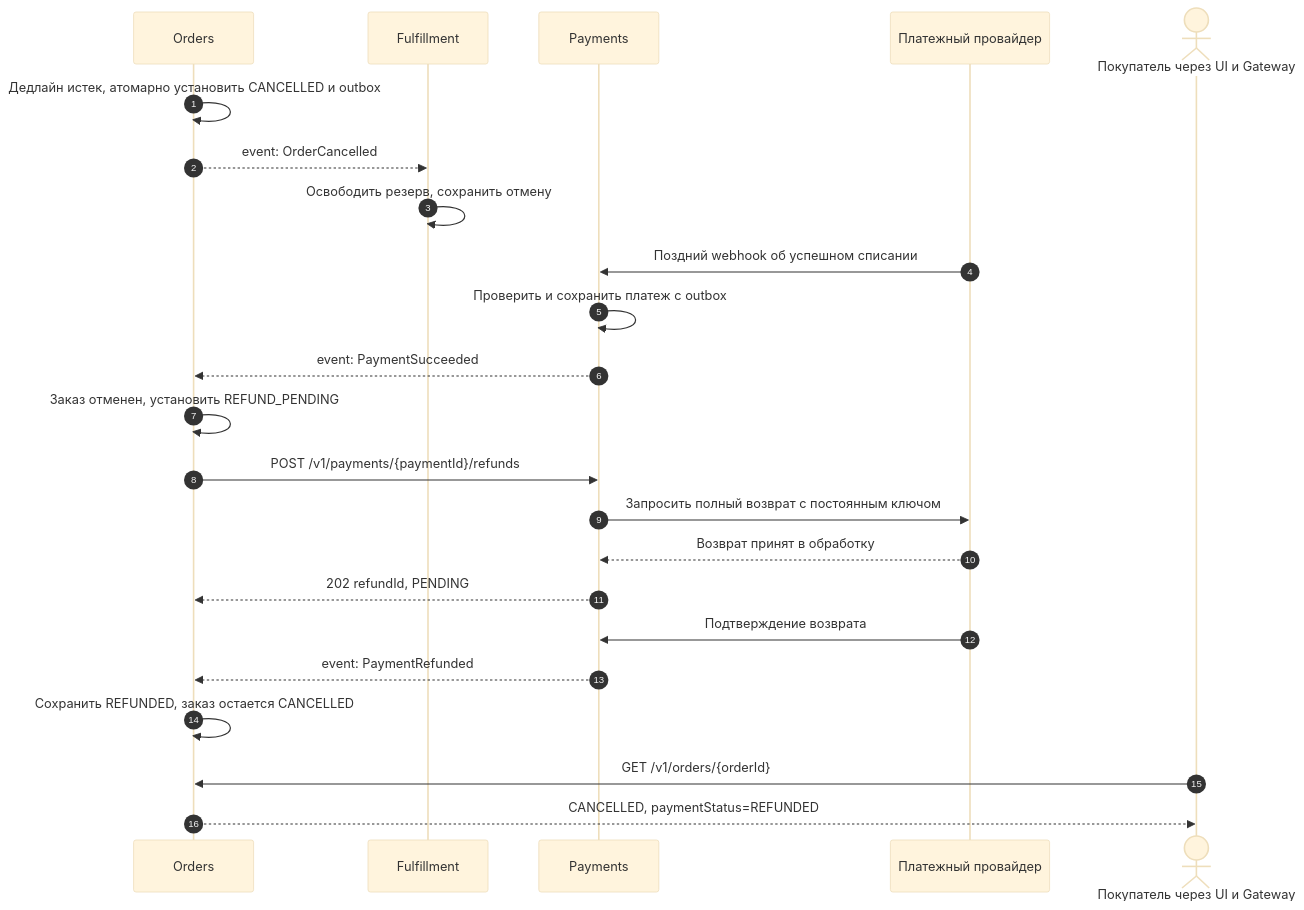
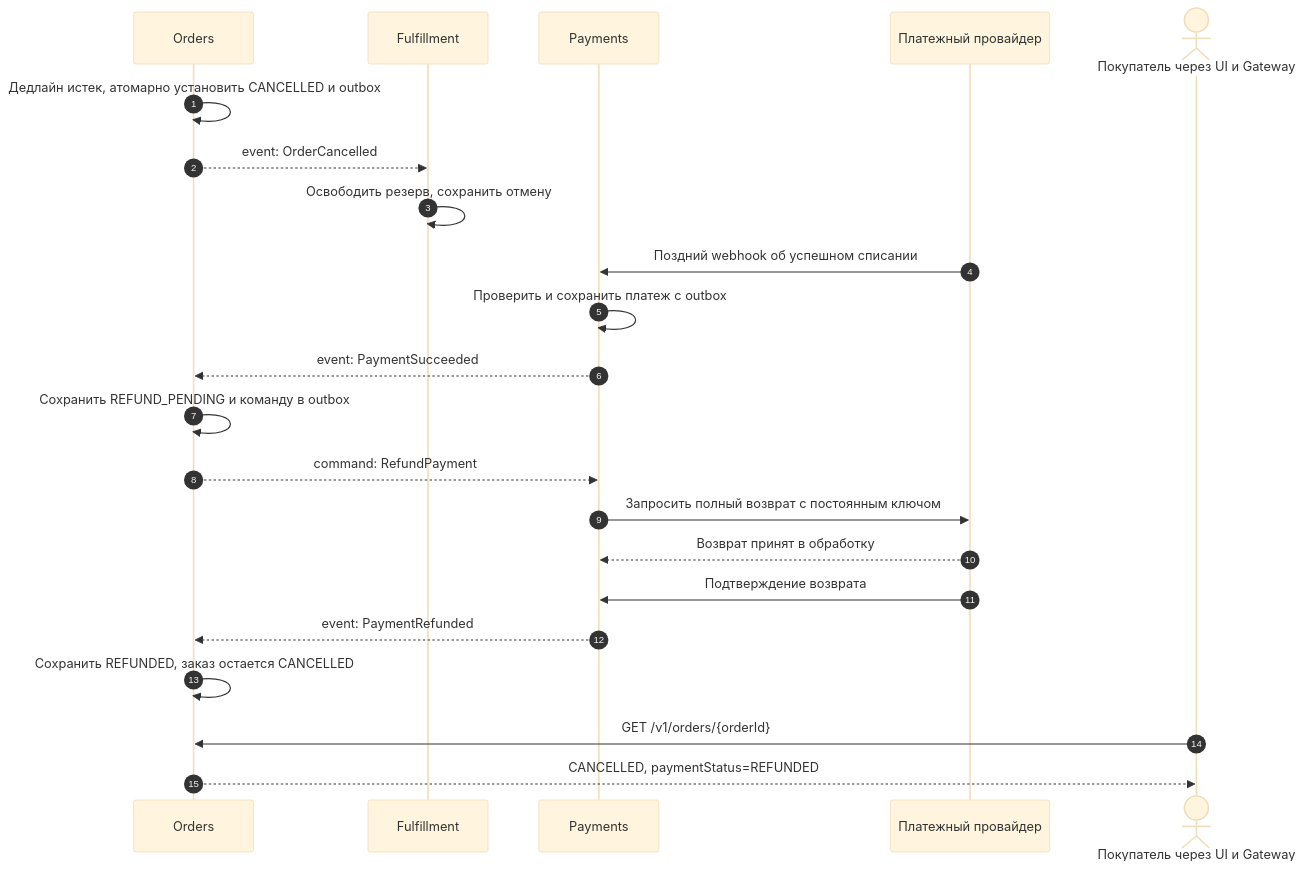
One commit to paulrozhkin/otus-microservices-homework changed the fourth of 4 diagrams in homework-01/docs/processes.md. Above: the diagram before and after it, drawn with Mermaid (base theme). The commit also changed other lines of this file and 2 other files, not shown here.

````diff
--- a/homework-01/docs/processes.md
+++ b/homework-01/docs/processes.md
@@ -124,25 +131,24 @@
 ```mermaid
 sequenceDiagram
     autonumber
     participant O as Orders
     participant F as Fulfillment
     participant P as Payments
     participant X as Платежный провайдер
     actor C as Покупатель через UI и Gateway
     O->>O: Дедлайн истек, атомарно установить CANCELLED и outbox
     O-->>F: event: OrderCancelled
     F->>F: Освободить резерв, сохранить отмену
     X->>P: Поздний webhook об успешном списании
     P->>P: Проверить и сохранить платеж с outbox
     P-->>O: event: PaymentSucceeded
-    O->>O: Заказ отменен, установить REFUND_PENDING
-    O->>P: POST /v1/payments/{paymentId}/refunds
+    O->>O: Сохранить REFUND_PENDING и команду в outbox
+    O-->>P: command: RefundPayment
     P->>X: Запросить полный возврат с постоянным ключом
     X-->>P: Возврат принят в обработку
-    P-->>O: 202 refundId, PENDING
     X->>P: Подтверждение возврата
     P-->>O: event: PaymentRefunded
     O->>O: Сохранить REFUNDED, заказ остается CANCELLED
     C->>O: GET /v1/orders/{orderId}
     O-->>C: CANCELLED, paymentStatus=REFUNDED
 ```
````
